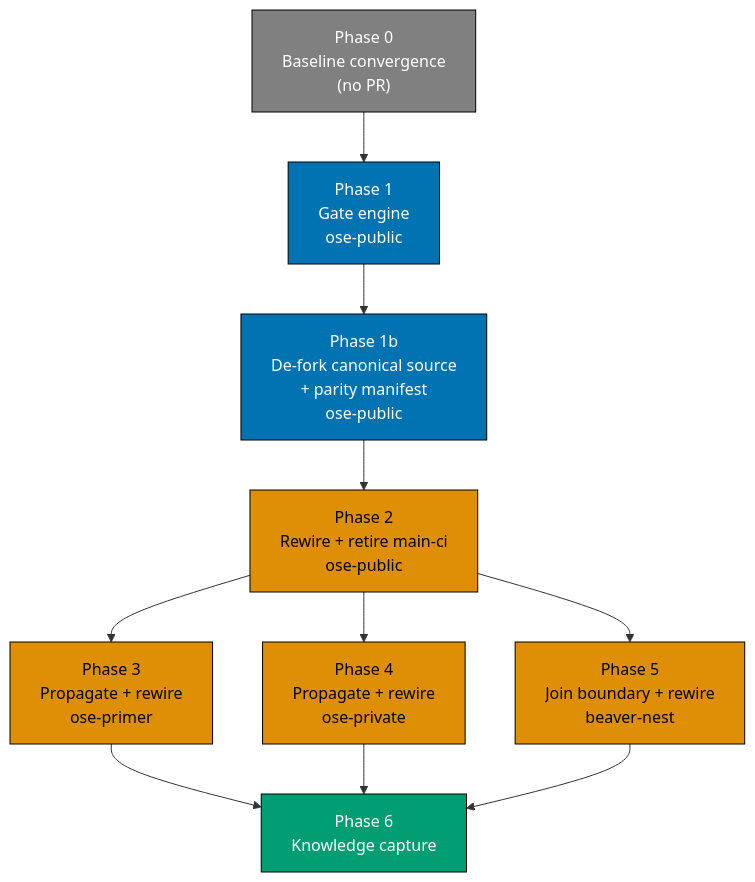
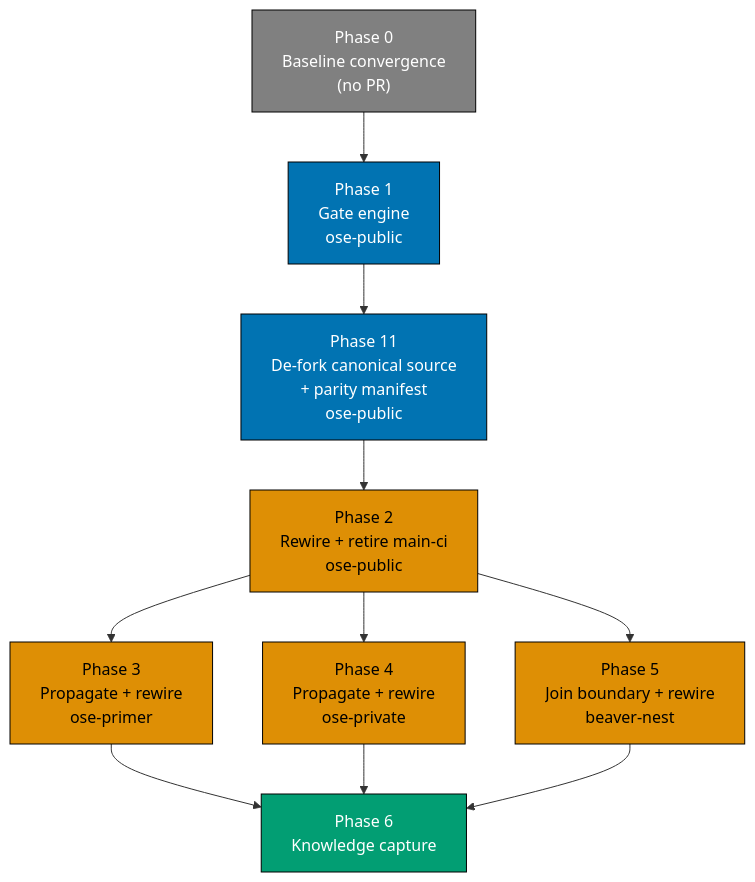
One commit to wahidyankf/open-sharia-fintech changed the diagram in plans/in-progress/sdlc-gate-registry-enforcement/tech-docs.md. Above: the diagram before and after it, drawn with Mermaid. The commit also changed other lines of this file and 3 other files, not shown here.

````diff
--- a/plans/in-progress/sdlc-gate-registry-enforcement/tech-docs.md
+++ b/plans/in-progress/sdlc-gate-registry-enforcement/tech-docs.md
@@ -1108,31 +1108,31 @@
 ```mermaid
 %% Color palette: Blue #0173B2, Orange #DE8F05, Teal #029E73, Gray #808080
 graph TD
     P0["Phase 0<br/>Baseline convergence<br/>(no PR)"]
     P1["Phase 1<br/>Gate engine<br/>ose-public"]
-    P1B["Phase 1b<br/>De-fork canonical source<br/>+ parity manifest<br/>ose-public"]
+    P1B["Phase 11<br/>De-fork canonical source<br/>+ parity manifest<br/>ose-public"]
     P2["Phase 2<br/>Rewire + retire main-ci<br/>ose-public"]
     P3["Phase 3<br/>Propagate + rewire<br/>ose-primer"]
     P4["Phase 4<br/>Propagate + rewire<br/>ose-private"]
     P5["Phase 5<br/>Join boundary + rewire<br/>beaver-nest"]
     P6["Phase 6<br/>Knowledge capture"]
 
     P0 --> P1
     P1 --> P1B
     P1B --> P2
     P2 --> P3
     P2 --> P4
     P2 --> P5
     P3 --> P6
     P4 --> P6
     P5 --> P6
 
     style P0 fill:#808080,stroke:#000000,color:#FFFFFF
     style P1 fill:#0173B2,stroke:#000000,color:#FFFFFF
     style P1B fill:#0173B2,stroke:#000000,color:#FFFFFF
     style P2 fill:#DE8F05,stroke:#000000,color:#000000
     style P3 fill:#DE8F05,stroke:#000000,color:#000000
     style P4 fill:#DE8F05,stroke:#000000,color:#000000
     style P5 fill:#DE8F05,stroke:#000000,color:#000000
     style P6 fill:#029E73,stroke:#000000,color:#FFFFFF
 ```
````
